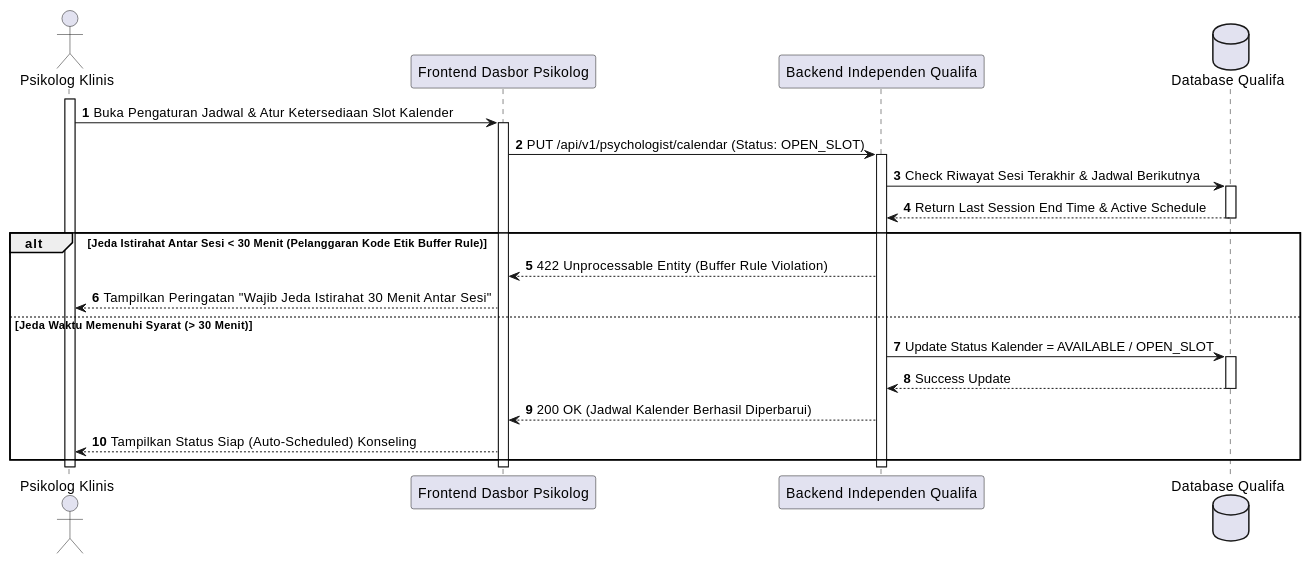
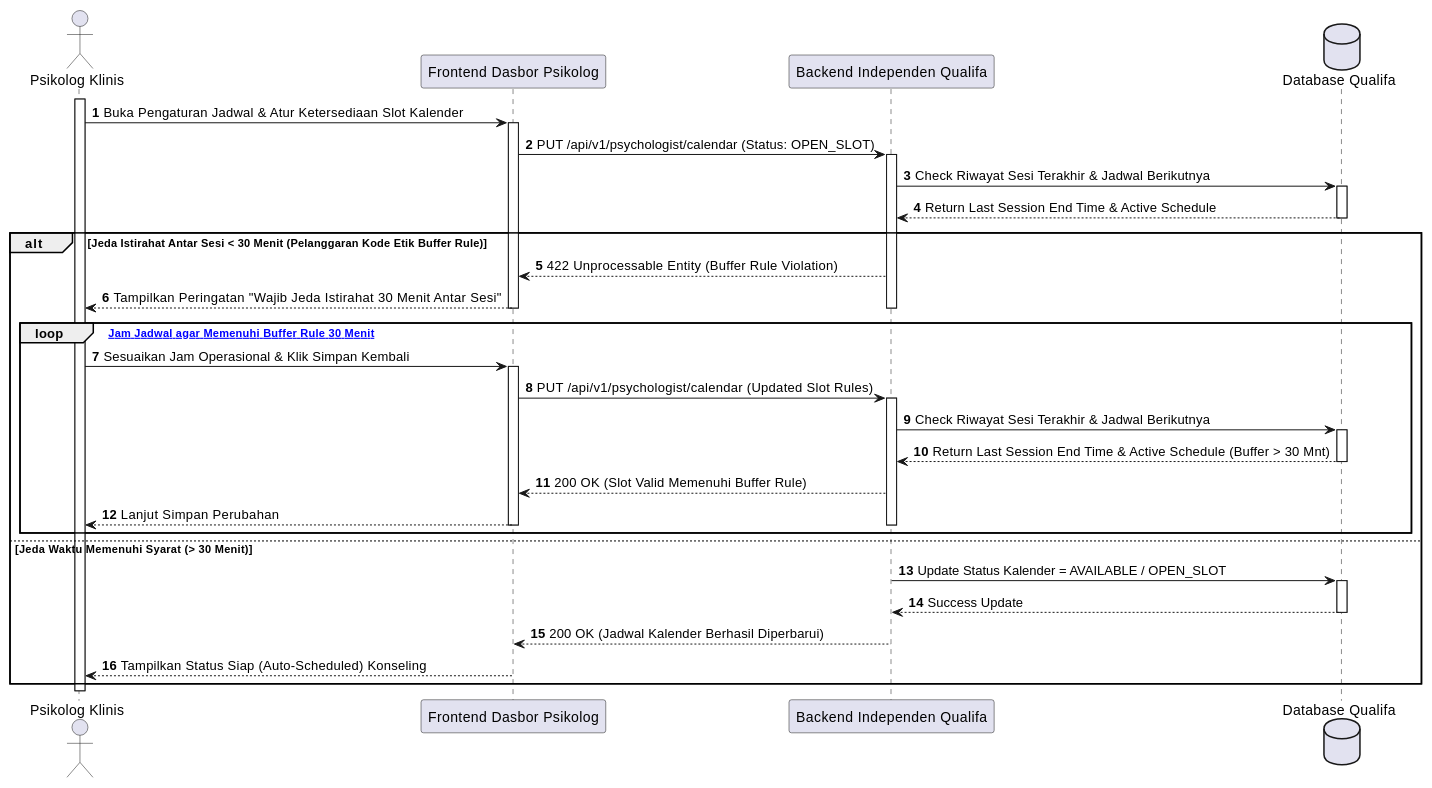
Before and after one commit to tupperwureism/SuperApp-Gagal: diagram 19 of 27 in MarkDown/plantuml_sequence_diagrams.md, drawn with PlantUML. The commit also changed other lines of this file, not shown here.

Commit message:
fix(uml): ensure 100% loop and alt enclosure parity across all 11 sequence diagrams

````diff
--- a/MarkDown/plantuml_sequence_diagrams.md
+++ b/MarkDown/plantuml_sequence_diagrams.md
@@ -1006,29 +1096,42 @@
 ```plantuml
 @startuml
 autonumber
 actor "Psikolog Klinis" as Mitra
 participant "Frontend Dasbor Psikolog" as FE
 participant "Backend Independen Qualifa" as BE
 database "Database Qualifa" as DB
 
 activate Mitra
 Mitra -> FE ++ : Buka Pengaturan Jadwal & Atur Ketersediaan Slot Kalender
 FE -> BE ++ : PUT /api/v1/psychologist/calendar (Status: OPEN_SLOT)
 
 BE -> DB ++ : Check Riwayat Sesi Terakhir & Jadwal Berikutnya
 DB --> BE -- : Return Last Session End Time & Active Schedule
 
 alt Jeda Istirahat Antar Sesi < 30 Menit (Pelanggaran Kode Etik Buffer Rule)
     BE --> FE : 422 Unprocessable Entity (Buffer Rule Violation)
     FE --> Mitra : Tampilkan Peringatan "Wajib Jeda Istirahat 30 Menit Antar Sesi"
+    deactivate BE
+    deactivate FE
+    
+    loop [Sesuaikan Jam Jadwal agar Memenuhi Buffer Rule 30 Menit]
+        Mitra -> FE ++ : Sesuaikan Jam Operasional & Klik Simpan Kembali
+        FE -> BE ++ : PUT /api/v1/psychologist/calendar (Updated Slot Rules)
+        BE -> DB ++ : Check Riwayat Sesi Terakhir & Jadwal Berikutnya
+        DB --> BE -- : Return Last Session End Time & Active Schedule (Buffer > 30 Mnt)
+        BE --> FE : 200 OK (Slot Valid Memenuhi Buffer Rule)
+        FE --> Mitra : Lanjut Simpan Perubahan
+        deactivate BE
+        deactivate FE
+    end
 else Jeda Waktu Memenuhi Syarat (> 30 Menit)
     BE -> DB ++ : Update Status Kalender = AVAILABLE / OPEN_SLOT
     DB --> BE -- : Success Update
     BE --> FE : 200 OK (Jadwal Kalender Berhasil Diperbarui)
     FE --> Mitra : Tampilkan Status Siap (Auto-Scheduled) Konseling
 end
 deactivate BE
 deactivate FE
 deactivate Mitra
 @enduml
 ```
````
